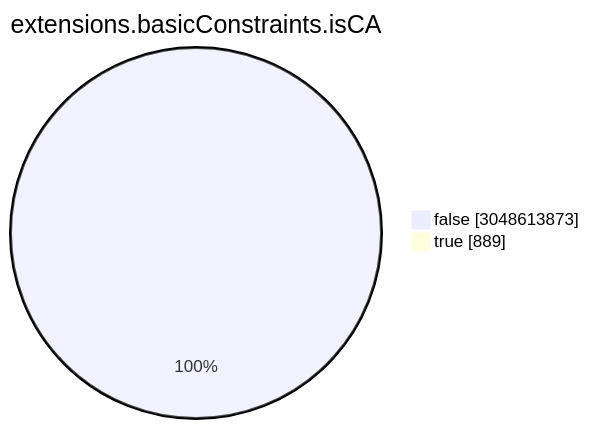
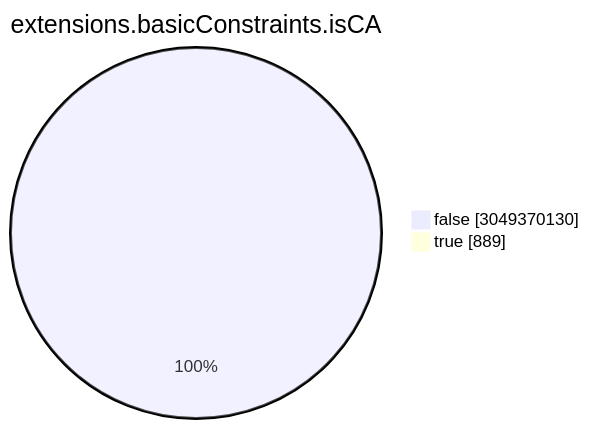
One commit to christiankrug/ctmonitor_visualization changed the seventh of 15 diagrams in TOTAL/README.md. Above: the diagram before and after it, drawn with Mermaid. The commit also changed other lines of this file, not shown here.

````diff
--- a/TOTAL/README.md
+++ b/TOTAL/README.md
@@ -3086,6 +3086,6 @@
 ```mermaid
 pie showData
 title extensions.basicConstraints.isCA
-"false" :3048613873
+"false" :3049370130
 "true" :889
 ```
````
